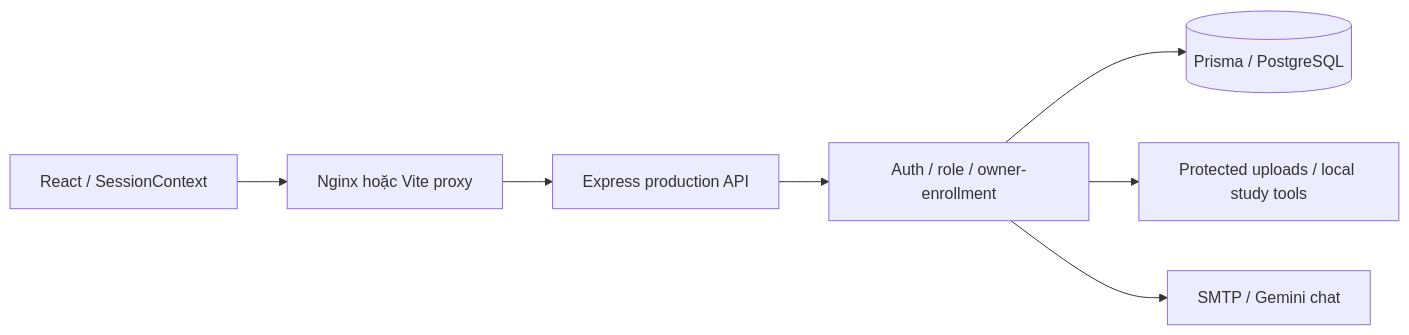
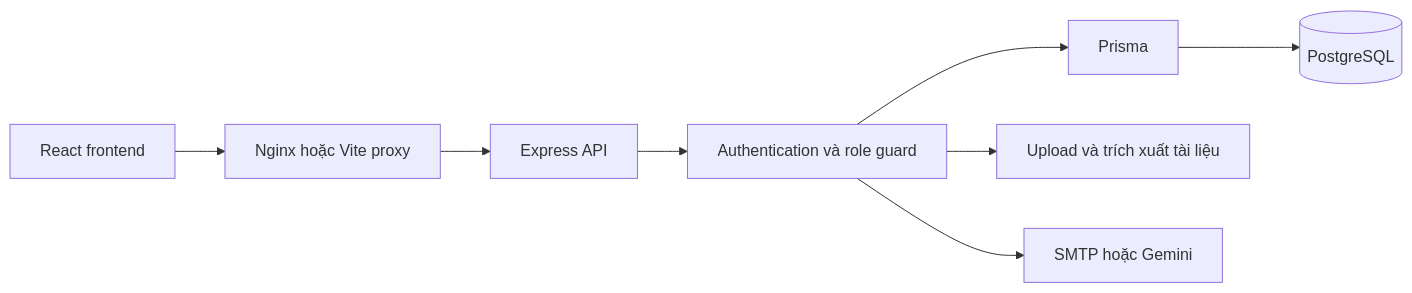
The diagram in README.md (NgocTien2005/AI-Smart-Learning-Assistant), drawn with Mermaid before and after one commit. The commit also changed other lines of this file, not shown here.

````diff
--- a/README.md
+++ b/README.md
@@ -56,9 +69,10 @@
 ```mermaid
 flowchart LR
-  UI[React / SessionContext] --> Proxy[Nginx hoặc Vite proxy]
-  Proxy --> API[Express production API]
-  API --> Guards[Auth / role / owner-enrollment]
-  Guards --> DB[(Prisma / PostgreSQL)]
-  Guards --> Files[Protected uploads / local study tools]
-  Guards --> Optional[SMTP / Gemini chat]
+  UI[React frontend] --> Proxy[Nginx hoặc Vite proxy]
+  Proxy --> API[Express API]
+  API --> Auth[Authentication và role guard]
+  Auth --> Prisma[Prisma]
+  Prisma --> DB[(PostgreSQL)]
+  Auth --> Files[Upload và trích xuất tài liệu]
+  Auth --> Optional[SMTP hoặc Gemini]
 ```
````
